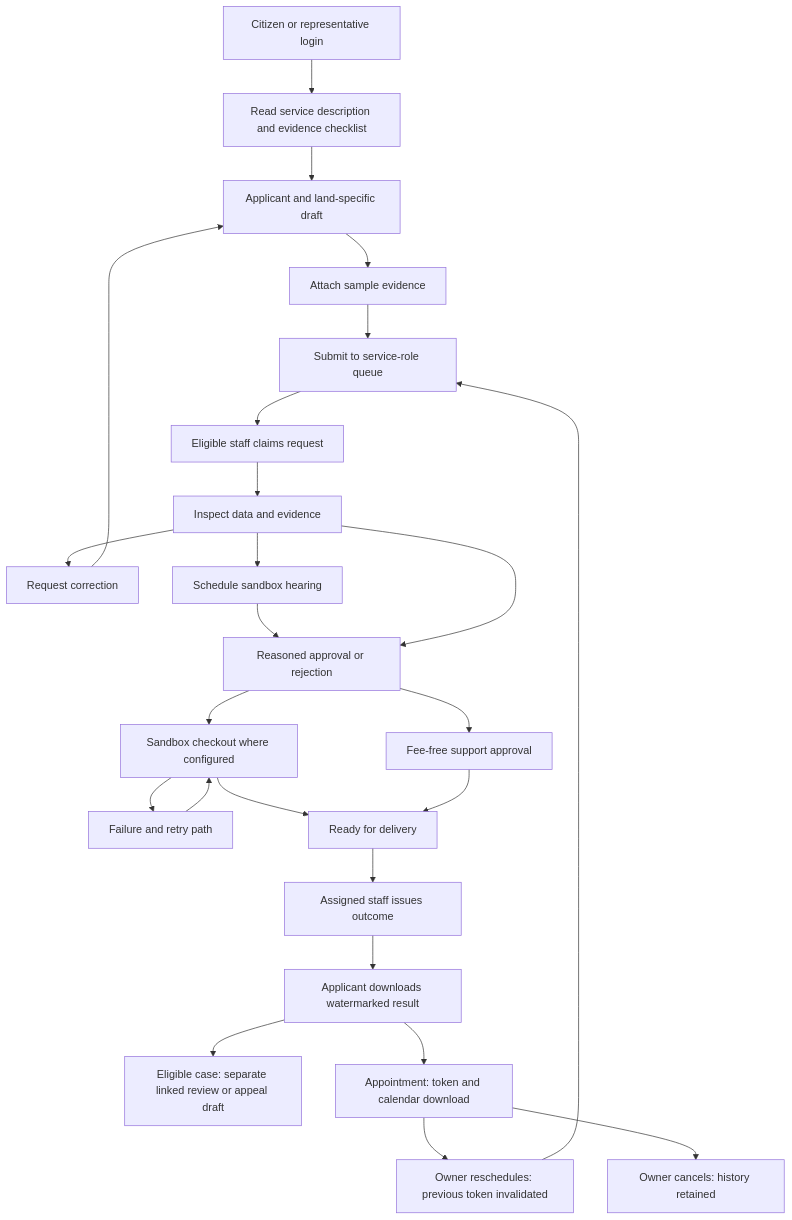
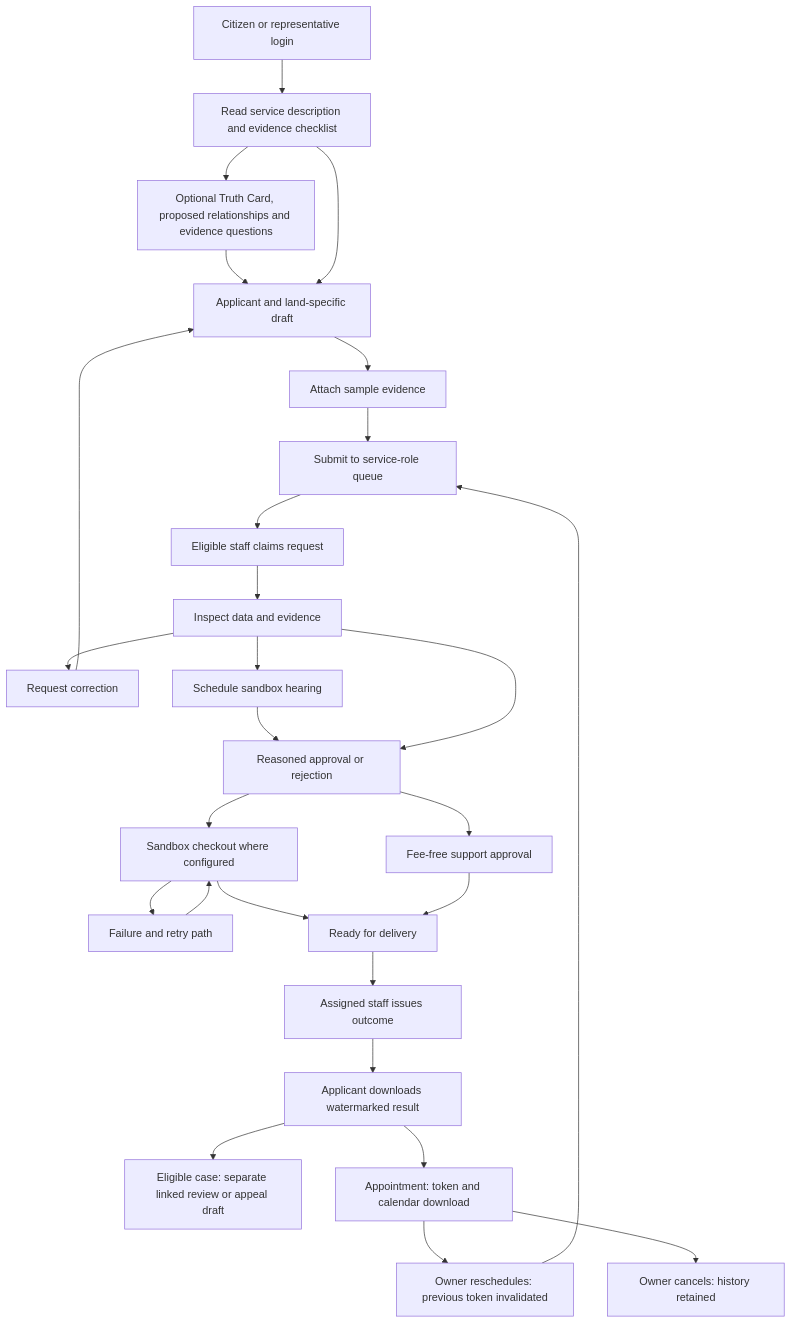
Before and after one commit to Shreyalien/E-Bhumi: the first of 2 diagrams in README.md, drawn with Mermaid. The commit also changed other lines of this file and 67 other files, not shown here.

````diff
--- a/README.md
+++ b/README.md
@@ -148,27 +161,29 @@
 ```mermaid
 flowchart TD
     Login[Citizen or representative login] --> Guide[Read service description and evidence checklist]
-    Guide --> Draft[Applicant and land-specific draft]
+    Guide --> Worksheet[Optional Truth Card, proposed relationships and evidence questions]
+    Worksheet --> Draft[Applicant and land-specific draft]
+    Guide --> Draft
     Draft --> Evidence[Attach sample evidence]
     Evidence --> Submit[Submit to service-role queue]
     Submit --> Claim[Eligible staff claims request]
     Claim --> Review[Inspect data and evidence]
     Review --> Correct[Request correction]
     Correct --> Draft
     Review --> Hearing[Schedule sandbox hearing]
     Hearing --> Decision[Reasoned approval or rejection]
     Review --> Decision
     Decision --> Fee[Sandbox checkout where configured]
     Fee --> Retry[Failure and retry path]
     Retry --> Fee
     Fee --> Ready[Ready for delivery]
     Decision --> NoFee[Fee-free support approval]
     NoFee --> Ready
     Ready --> Issue[Assigned staff issues outcome]
     Issue --> Download[Applicant downloads watermarked result]
     Download --> FollowUp[Eligible case: separate linked review or appeal draft]
     Download --> Appointment[Appointment: token and calendar download]
     Appointment --> Reschedule[Owner reschedules: previous token invalidated]
     Reschedule --> Submit
     Appointment --> Cancel[Owner cancels: history retained]
 ```
````
